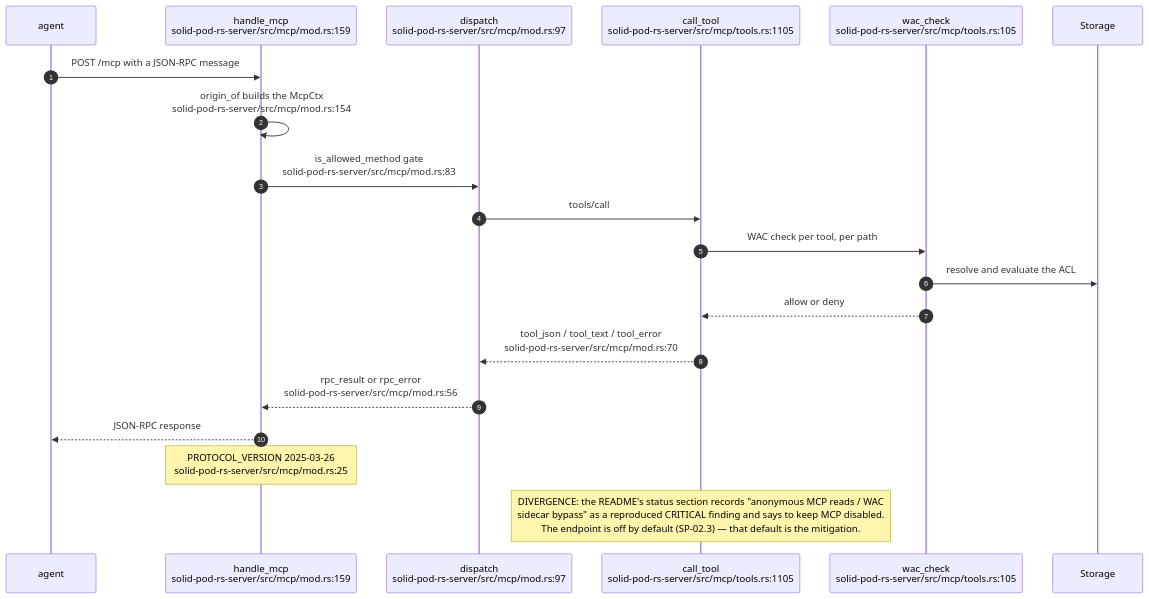
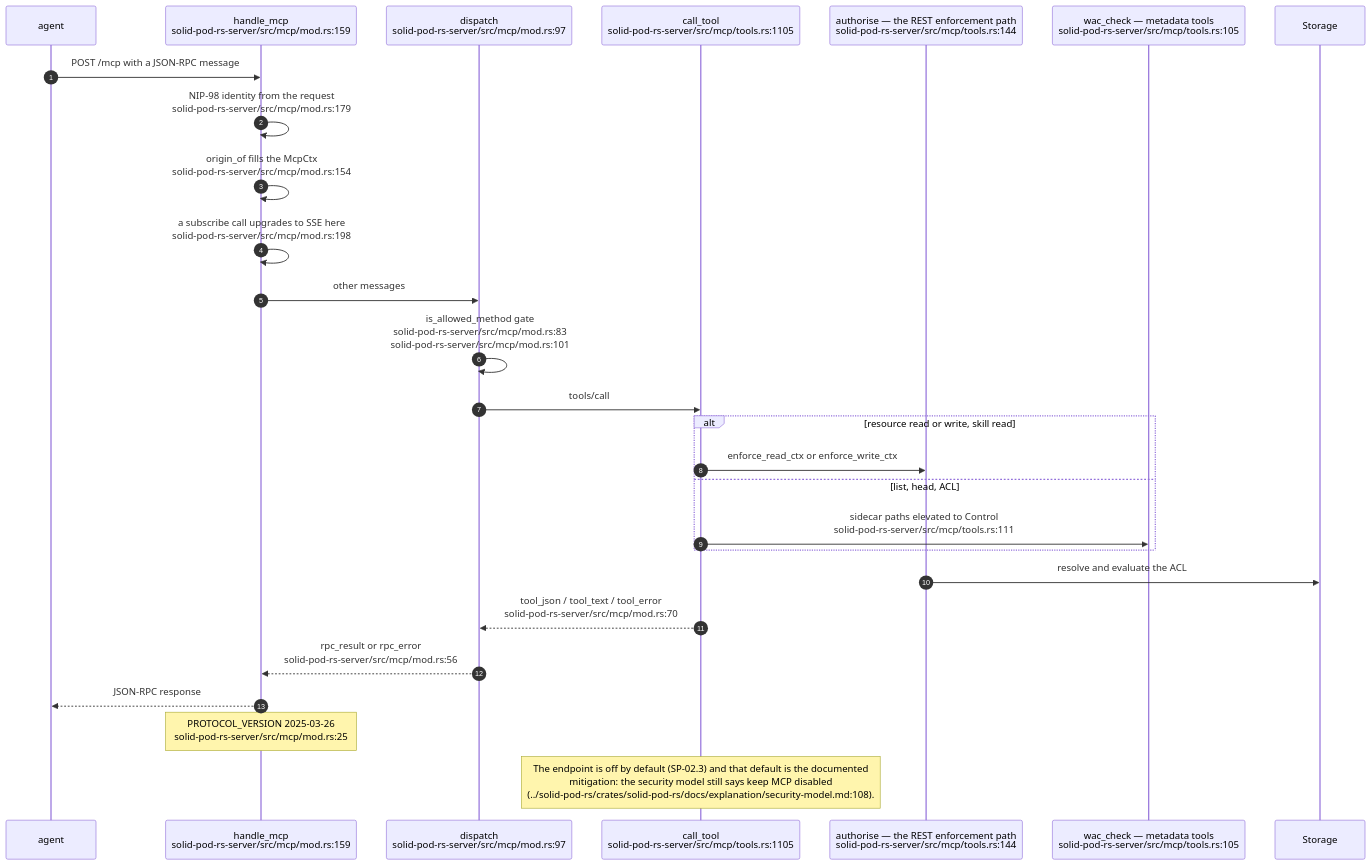
Before and after one commit to DreamLab-AI/VisionFlow: diagram 13 of 17 in docs/diagrams/solid-pod-rs/08-federation-notifications-forge-mcp.md, drawn with Mermaid. The commit also changed other lines of this file and 47 other files, not shown here.

````diff
--- a/docs/diagrams/solid-pod-rs/08-federation-notifications-forge-mcp.md
+++ b/docs/diagrams/solid-pod-rs/08-federation-notifications-forge-mcp.md
@@ -408,24 +479,31 @@
 ```mermaid
 sequenceDiagram
     autonumber
     participant A as agent
     participant H as handle_mcp<br/>solid-pod-rs-server/src/mcp/mod.rs:159
     participant D as dispatch<br/>solid-pod-rs-server/src/mcp/mod.rs:97
     participant T as call_tool<br/>solid-pod-rs-server/src/mcp/tools.rs:1105
-    participant W as wac_check<br/>solid-pod-rs-server/src/mcp/tools.rs:105
+    participant AU as authorise — the REST enforcement path<br/>solid-pod-rs-server/src/mcp/tools.rs:144
+    participant W as wac_check — metadata tools<br/>solid-pod-rs-server/src/mcp/tools.rs:105
     participant S as Storage
 
     A->>H: POST /mcp with a JSON-RPC message
-    H->>H: origin_of builds the McpCtx<br/>solid-pod-rs-server/src/mcp/mod.rs:154
-    H->>D: is_allowed_method gate<br/>solid-pod-rs-server/src/mcp/mod.rs:83
+    H->>H: NIP-98 identity from the request<br/>solid-pod-rs-server/src/mcp/mod.rs:179
+    H->>H: origin_of fills the McpCtx<br/>solid-pod-rs-server/src/mcp/mod.rs:154
+    H->>H: a subscribe call upgrades to SSE here<br/>solid-pod-rs-server/src/mcp/mod.rs:198
+    H->>D: other messages
+    D->>D: is_allowed_method gate<br/>solid-pod-rs-server/src/mcp/mod.rs:83<br/>solid-pod-rs-server/src/mcp/mod.rs:101
     D->>T: tools/call
-    T->>W: WAC check per tool, per path
-    W->>S: resolve and evaluate the ACL
-    W-->>T: allow or deny
+    alt resource read or write, skill read
+        T->>AU: enforce_read_ctx or enforce_write_ctx
+    else list, head, ACL
+        T->>W: sidecar paths elevated to Control<br/>solid-pod-rs-server/src/mcp/tools.rs:111
+    end
+    AU->>S: resolve and evaluate the ACL
     T-->>D: tool_json / tool_text / tool_error<br/>solid-pod-rs-server/src/mcp/mod.rs:70
     D-->>H: rpc_result or rpc_error<br/>solid-pod-rs-server/src/mcp/mod.rs:56
     H-->>A: JSON-RPC response
 
     Note over H: PROTOCOL_VERSION 2025-03-26<br/>solid-pod-rs-server/src/mcp/mod.rs:25
-    Note over T: DIVERGENCE: the README's status section records "anonymous MCP reads / WAC<br/>sidecar bypass" as a reproduced CRITICAL finding and says to keep MCP disabled.<br/>The endpoint is off by default (SP-02.3) — that default is the mitigation.
+    Note over T: The endpoint is off by default (SP-02.3) and that default is the documented<br/>mitigation: the security model still says keep MCP disabled<br/>(../solid-pod-rs/crates/solid-pod-rs/docs/explanation/security-model.md:108).
 ```
````
